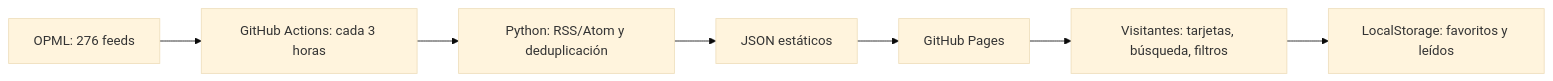
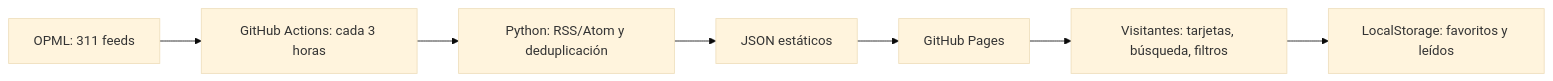
Before and after one commit to medinacaj/notisonda: the diagram in README.md, drawn with Mermaid (base theme). The commit also changed other lines of this file and 18 other files, not shown here.

````diff
--- a/README.md
+++ b/README.md
@@ -9,9 +9,9 @@
 ```mermaid
 flowchart LR
-  A[OPML: 276 feeds] --> B[GitHub Actions: cada 3 horas]
+  A[OPML: 311 feeds] --> B[GitHub Actions: cada 3 horas]
   B --> C[Python: RSS/Atom y deduplicación]
   C --> D[JSON estáticos]
   D --> E[GitHub Pages]
   E --> F[Visitantes: tarjetas, búsqueda, filtros]
   F --> G[LocalStorage: favoritos y leídos]
 ```
````
